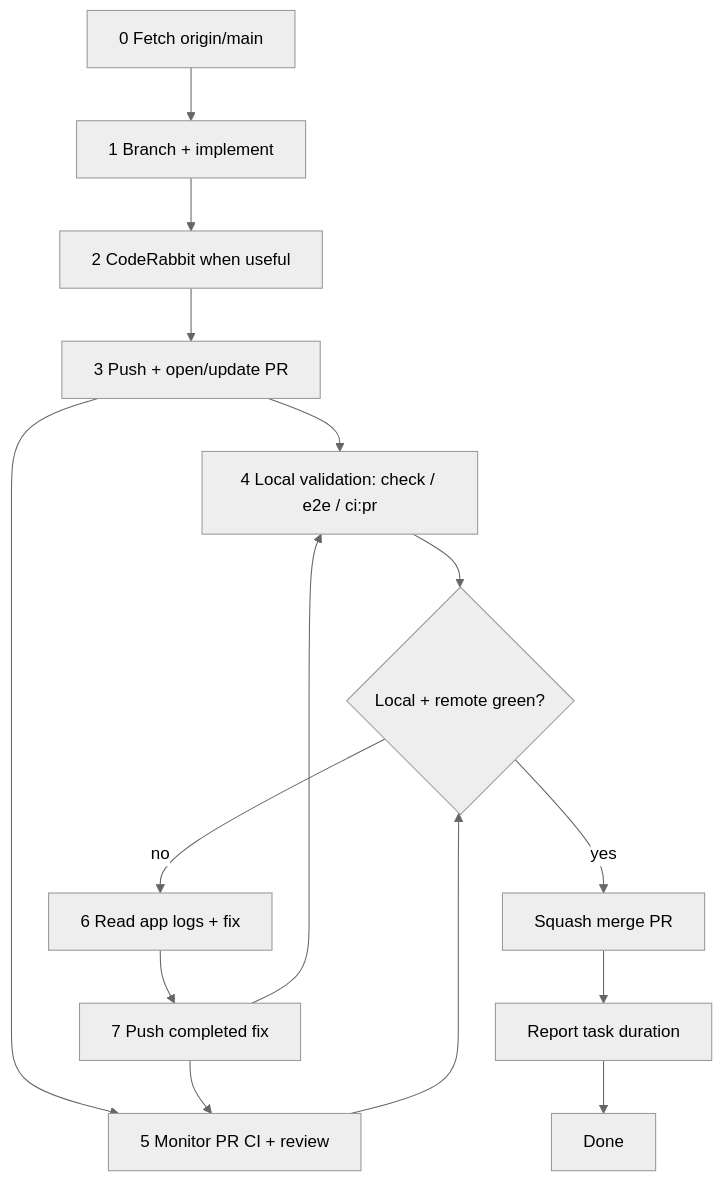
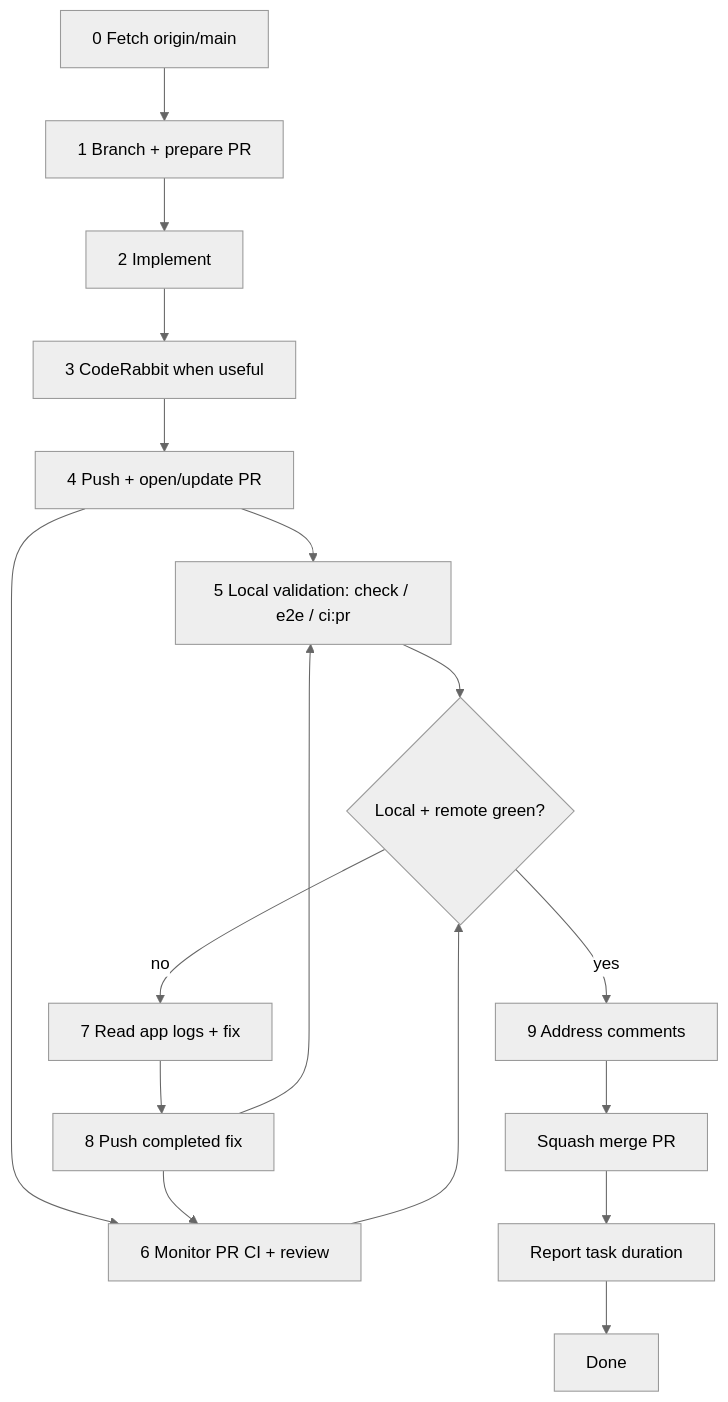
One commit to meta-secret/nook changed the diagram in .cortex/workflows/pull-requests.md. Above: the diagram before and after it, drawn with Mermaid (neutral theme). The commit also changed other lines of this file and 3 other files, not shown here.

````diff
--- a/.cortex/workflows/pull-requests.md
+++ b/.cortex/workflows/pull-requests.md
@@ -24,17 +48,19 @@
 ```mermaid
 flowchart TD
-  Z[0 Fetch origin/main] --> A[1 Branch + implement]
-  A --> CR[2 CodeRabbit when useful]
-  CR --> E[3 Push + open/update PR]
-  E --> B[4 Local validation: check / e2e / ci:pr]
-  E --> F[5 Monitor PR CI + review]
+  Z[0 Fetch origin/main] --> A[1 Branch + prepare PR]
+  A --> I[2 Implement]
+  I --> CR[3 CodeRabbit when useful]
+  CR --> E[4 Push + open/update PR]
+  E --> B[5 Local validation: check / e2e / ci:pr]
+  E --> F[6 Monitor PR CI + review]
   B --> G{Local + remote green?}
   F --> G
-  G -->|no| H[6 Read app logs + fix]
-  H --> PUSH[7 Push completed fix]
+  G -->|no| H[7 Read app logs + fix]
+  H --> PUSH[8 Push completed fix]
   PUSH --> B
   PUSH --> F
-  G -->|yes| I[Squash merge PR]
-  I --> J[Report task duration]
+  G -->|yes| C[9 Address comments]
+  C --> M[Squash merge PR]
+  M --> J[Report task duration]
   J --> K[Done]
 ```
````
